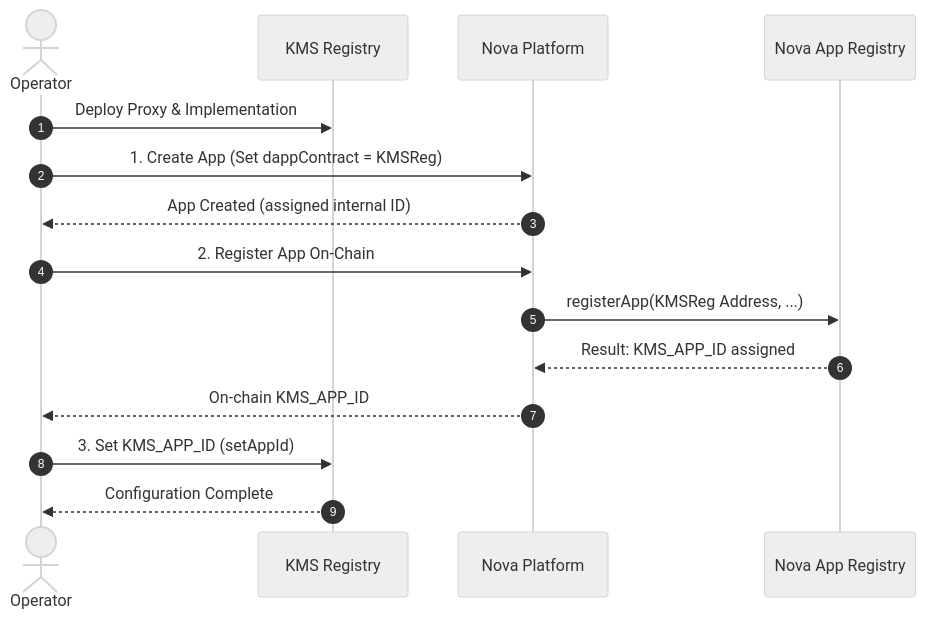
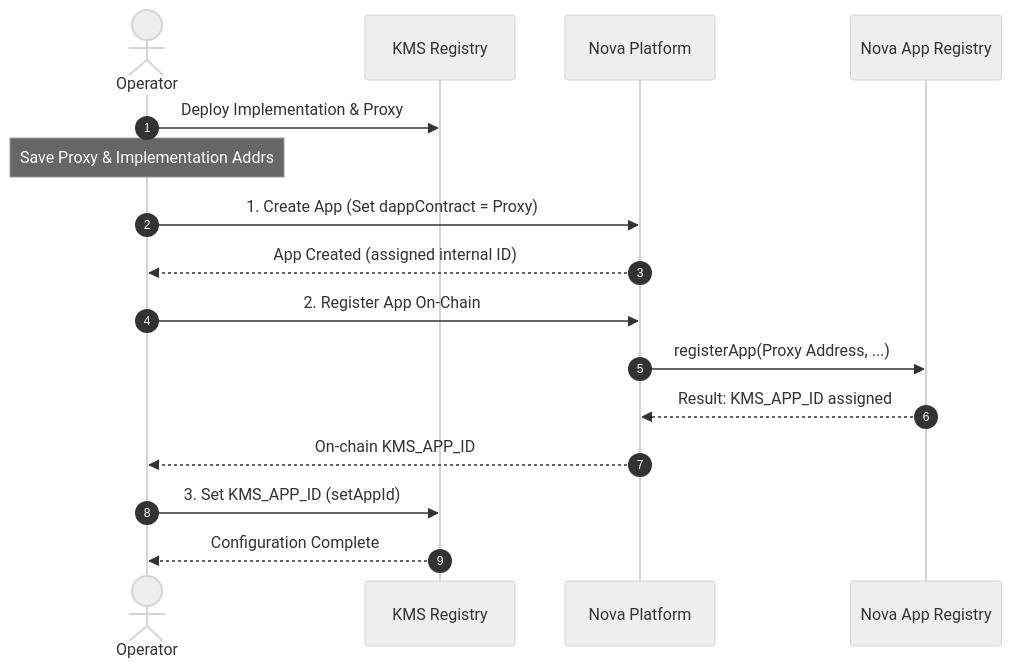
One commit to sparsity-xyz/nova-kms changed the first of 5 diagrams in docs/kms-core-workflows.md. Above: the diagram before and after it, drawn with Mermaid (neutral theme). The commit also changed other lines of this file and 3 other files, not shown here.

````diff
--- a/docs/kms-core-workflows.md
+++ b/docs/kms-core-workflows.md
@@ -28,21 +29,22 @@
 ```mermaid
 sequenceDiagram
     autonumber
     actor Operator
     participant KMSReg as KMS Registry
     participant Platform as Nova Platform
     participant AppReg as Nova App Registry
 
-    Operator->>KMSReg: Deploy Proxy & Implementation
+    Operator->>KMSReg: Deploy Implementation & Proxy
+    Note over Operator: Save Proxy & Implementation Addrs
     
-    Operator->>Platform: 1. Create App (Set dappContract = KMSReg)
+    Operator->>Platform: 1. Create App (Set dappContract = Proxy)
     Platform-->>Operator: App Created (assigned internal ID)
     
     Operator->>Platform: 2. Register App On-Chain
-    Platform->>AppReg: registerApp(KMSReg Address, ...)
+    Platform->>AppReg: registerApp(Proxy Address, ...)
     AppReg-->>Platform: Result: KMS_APP_ID assigned
     Platform-->>Operator: On-chain KMS_APP_ID
     
     Operator->>KMSReg: 3. Set KMS_APP_ID (setAppId)
     KMSReg-->>Operator: Configuration Complete
 ```
````
